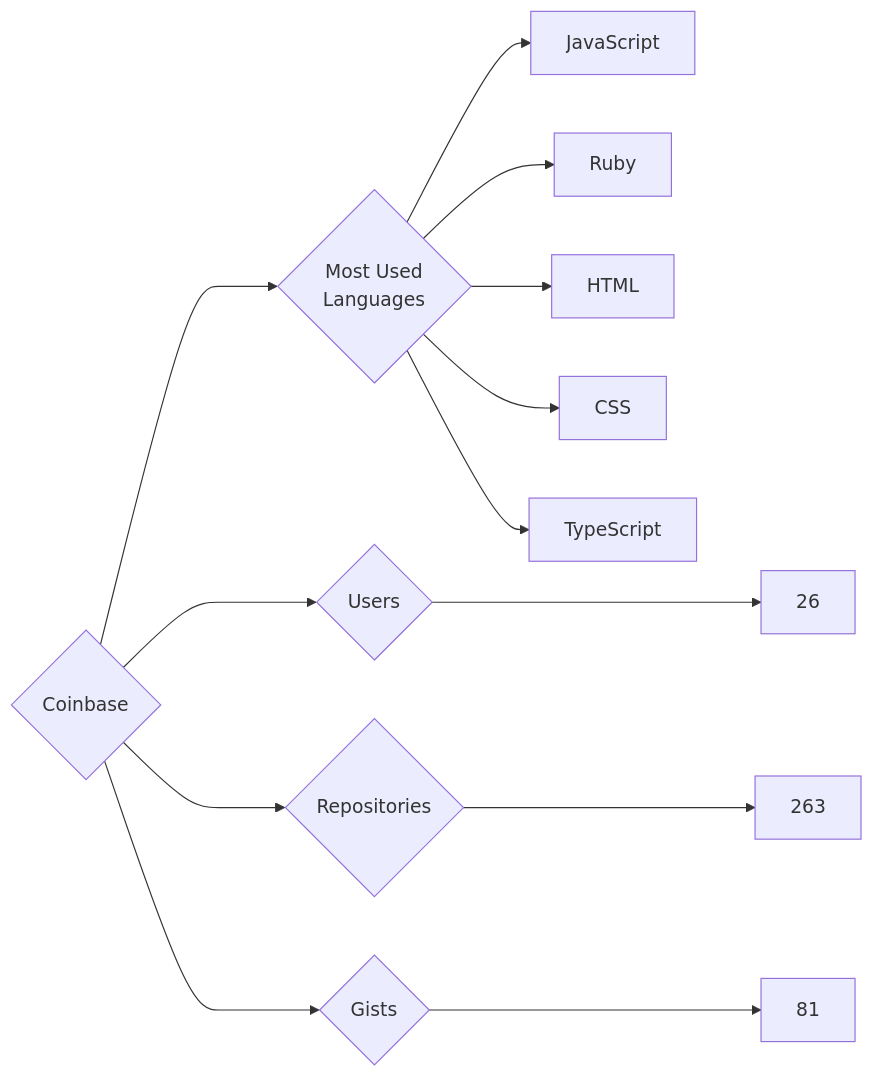
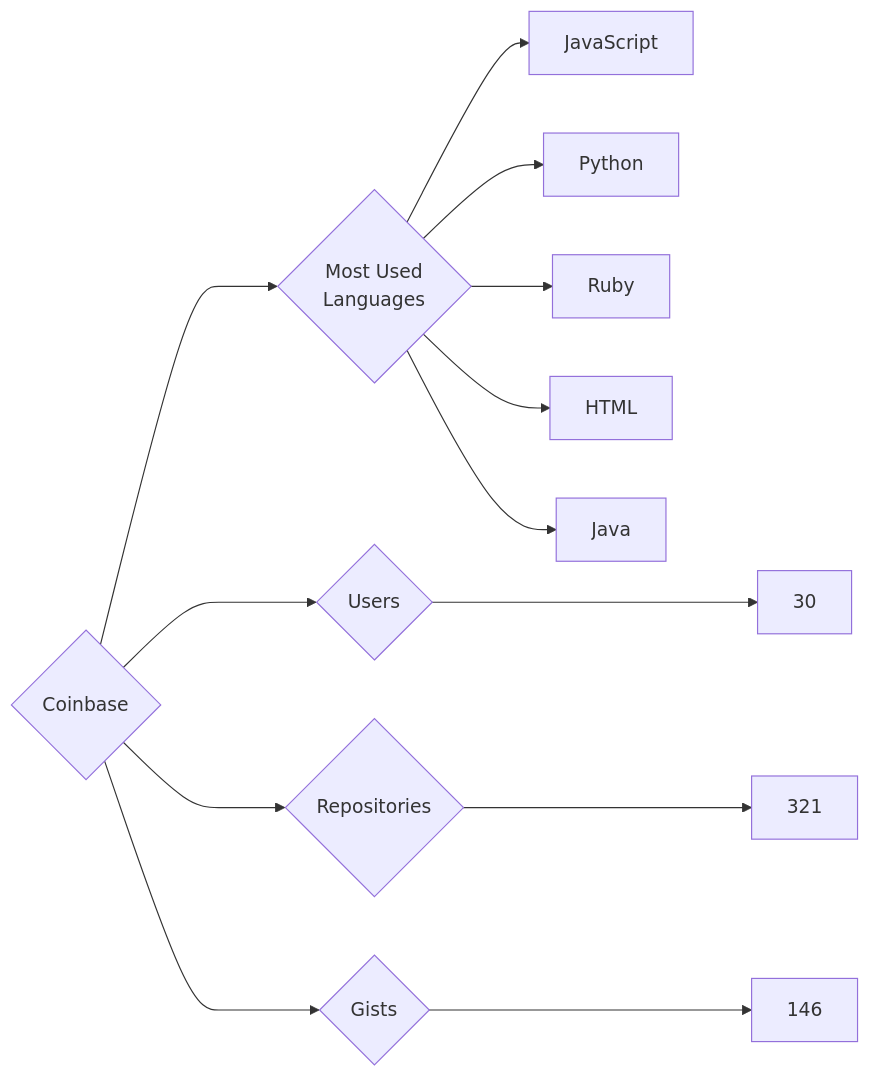
One commit to trickest/insiders changed the diagram in targets/Coinbase/README.md. Above: the diagram before and after it, drawn with Mermaid. The commit also changed 639 other files, not shown here.

````diff
--- a/targets/Coinbase/README.md
+++ b/targets/Coinbase/README.md
@@ -3,13 +3,13 @@
 ```mermaid
 graph LR
 COMPANY_NAME{Coinbase}
-COMPANY_NAME ---> U{Users} ---> UN[26]
-COMPANY_NAME ---> R{Repositories} ---> RN[263]
-COMPANY_NAME ---> G{Gists} ---> GN[81]
+COMPANY_NAME ---> U{Users} ---> UN[30]
+COMPANY_NAME ---> R{Repositories} ---> RN[321]
+COMPANY_NAME ---> G{Gists} ---> GN[146]
 COMPANY_NAME ---> ML{Most Used<br>Languages}
 ML --> JavaScript[JavaScript]
+ML --> Python[Python]
 ML --> Ruby[Ruby]
 ML --> HTML[HTML]
-ML --> CSS[CSS]
-ML --> TypeScript[TypeScript]
+ML --> Java[Java]
 ```
````
